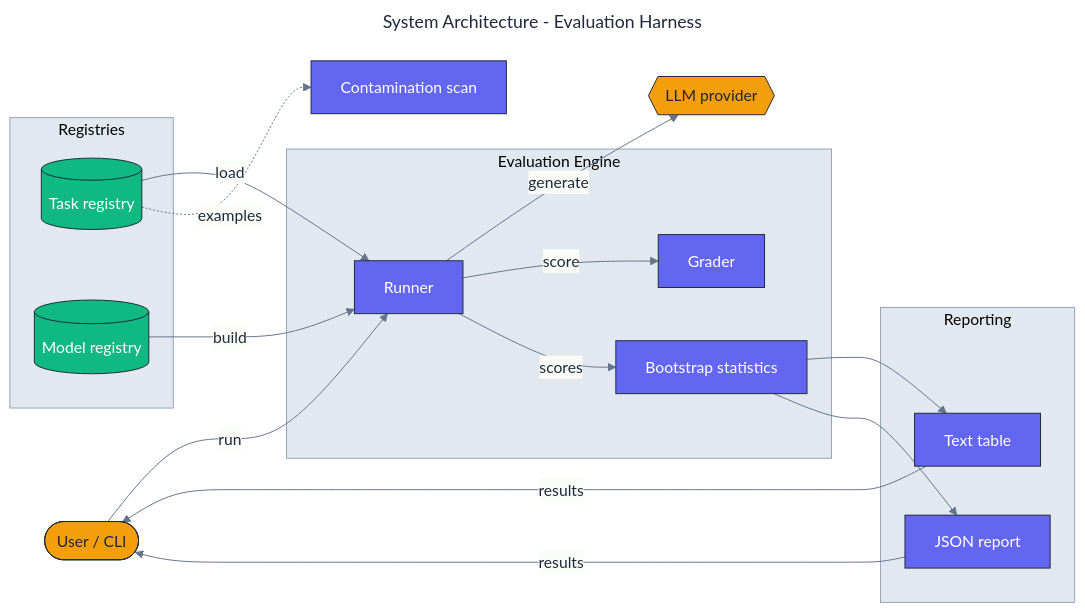
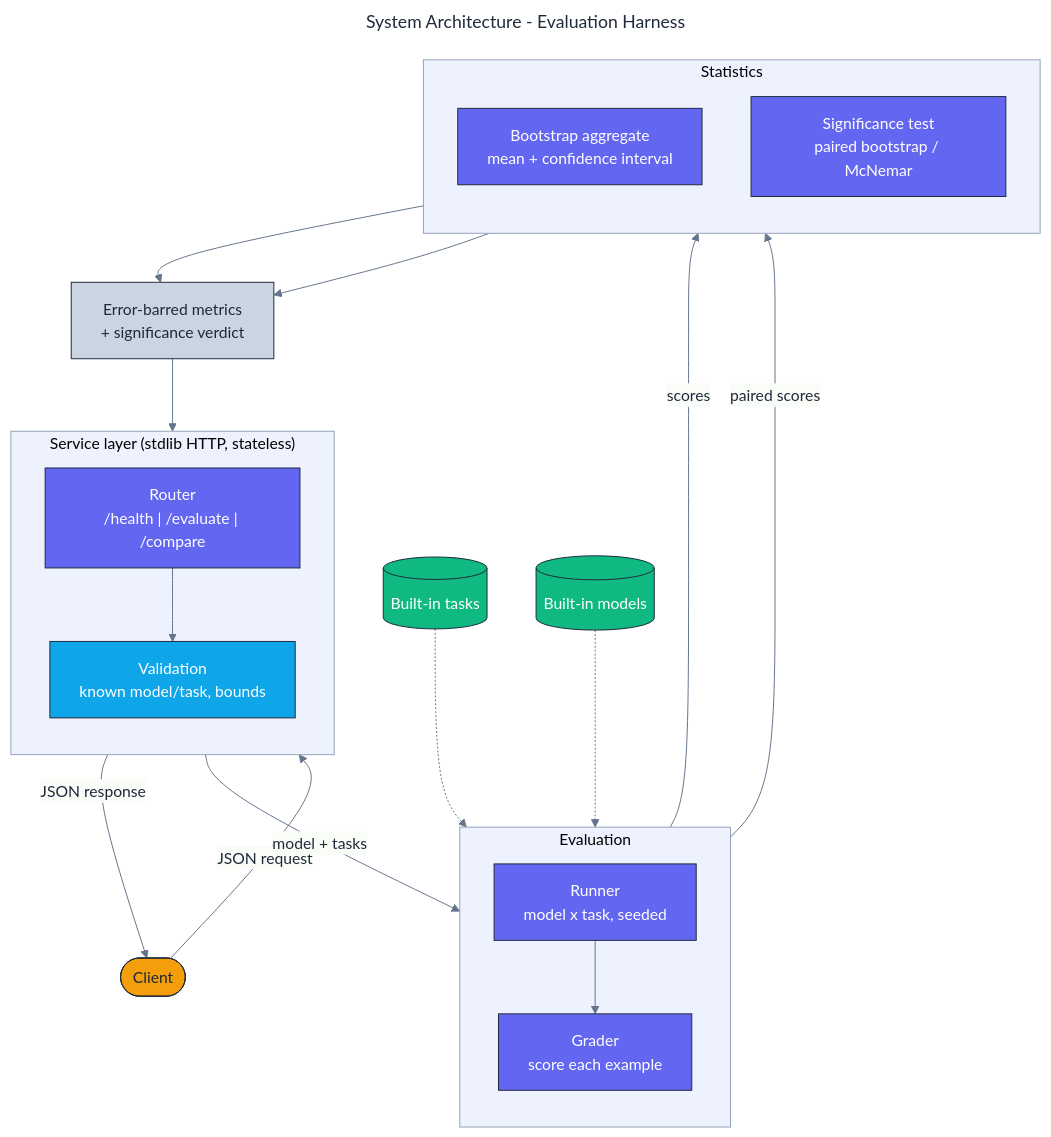
One commit to adeoluo/evaluation-harness changed the diagram in docs/architecture/architecture.mmd. Above: the diagram before and after it, drawn with Mermaid. The commit also changed 9 other files, not shown here.

First line of the commit message:
feat: add HTTP service, stress benchmark, and operations documentation

```diff
--- a/docs/architecture/architecture.mmd
+++ b/docs/architecture/architecture.mmd
@@ -1,51 +1,54 @@
 ---
 title: System Architecture - Evaluation Harness
 config:
   theme: base
   themeVariables:
     fontFamily: "Inter, system-ui, sans-serif"
     primaryColor: "#F8FAFC"
     primaryBorderColor: "#1E293B"
     primaryTextColor: "#1E293B"
     lineColor: "#64748B"
-    clusterBkg: "#E2E8F0"
+    clusterBkg: "#EEF2FF"
     clusterBorder: "#94A3B8"
 ---
-flowchart LR
+flowchart TB
+    classDef edge     fill:#F59E0B,stroke:#1E293B,color:#1E293B,stroke-width:1px;
     classDef core     fill:#6366F1,stroke:#1E293B,color:#ffffff,stroke-width:1px;
     classDef data     fill:#10B981,stroke:#1E293B,color:#ffffff,stroke-width:1px;
-    classDef external fill:#F59E0B,stroke:#1E293B,color:#1E293B,stroke-width:1px;
+    classDef control  fill:#0EA5E9,stroke:#1E293B,color:#ffffff,stroke-width:1px;
+    classDef obs      fill:#CBD5E1,stroke:#1E293B,color:#1E293B,stroke-width:1px;
 
-    User([User / CLI]):::external
+    Client([Client]):::edge
 
-    subgraph Registries["Registries"]
-        Tasks[(Task registry)]:::data
-        Models[(Model registry)]:::data
+    subgraph Edge["Service layer (stdlib HTTP, stateless)"]
+        direction TB
+        Router["Router<br/>/health | /evaluate | /compare"]:::core
+        Validate["Validation<br/>known model/task, bounds"]:::control
     end
 
-    subgraph Engine["Evaluation Engine"]
-        Runner[Runner]:::core
-        Grader[Grader]:::core
-        Stats[Bootstrap statistics]:::core
+    subgraph Run["Evaluation"]
+        direction TB
+        Runner["Runner<br/>model x task, seeded"]:::core
+        Grader["Grader<br/>score each example"]:::core
     end
 
-    Contam[Contamination scan]:::core
-
-    subgraph Output["Reporting"]
-        Table[Text table]:::core
-        Json[JSON report]:::core
+    subgraph Stats["Statistics"]
+        direction TB
+        Bootstrap["Bootstrap aggregate<br/>mean + confidence interval"]:::core
+        Significance["Significance test<br/>paired bootstrap / McNemar"]:::core
     end
 
-    Provider{{LLM provider}}:::external
+    Tasks[(Built-in tasks)]:::data
+    Models[(Built-in models)]:::data
+    Report["Error-barred metrics<br/>+ significance verdict"]:::obs
 
-    User -->|run| Runner
-    Models -->|build| Runner
-    Tasks -->|load| Runner
-    Runner -->|generate| Provider
-    Runner -->|score| Grader
-    Runner -->|scores| Stats
-    Stats --> Table
-    Stats --> Json
-    Tasks -.->|examples| Contam
-    Table -->|results| User
-    Json -->|results| User
+    Client -->|JSON request| Router --> Validate
+    Tasks -.-> Runner
+    Models -.-> Runner
+    Validate -->|model + tasks| Runner
+    Runner --> Grader
+    Grader -->|scores| Bootstrap
+    Grader -->|paired scores| Significance
+    Bootstrap --> Report
+    Significance --> Report
+    Report --> Router -->|JSON response| Client
```
